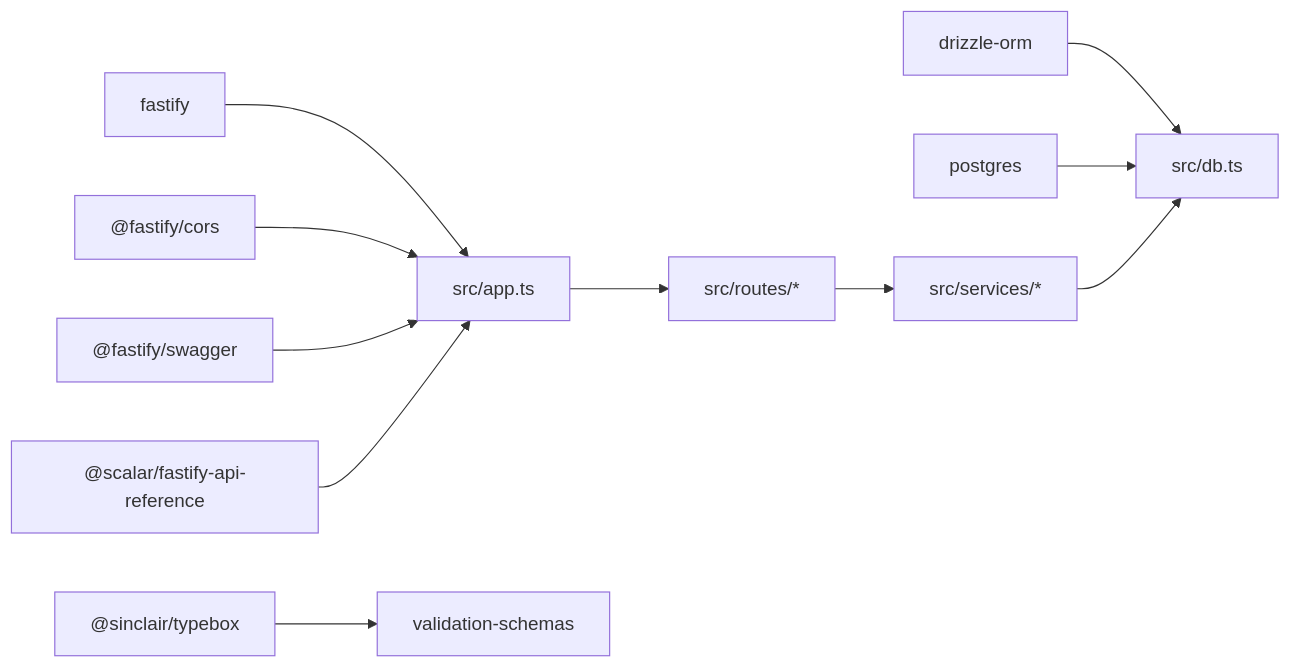
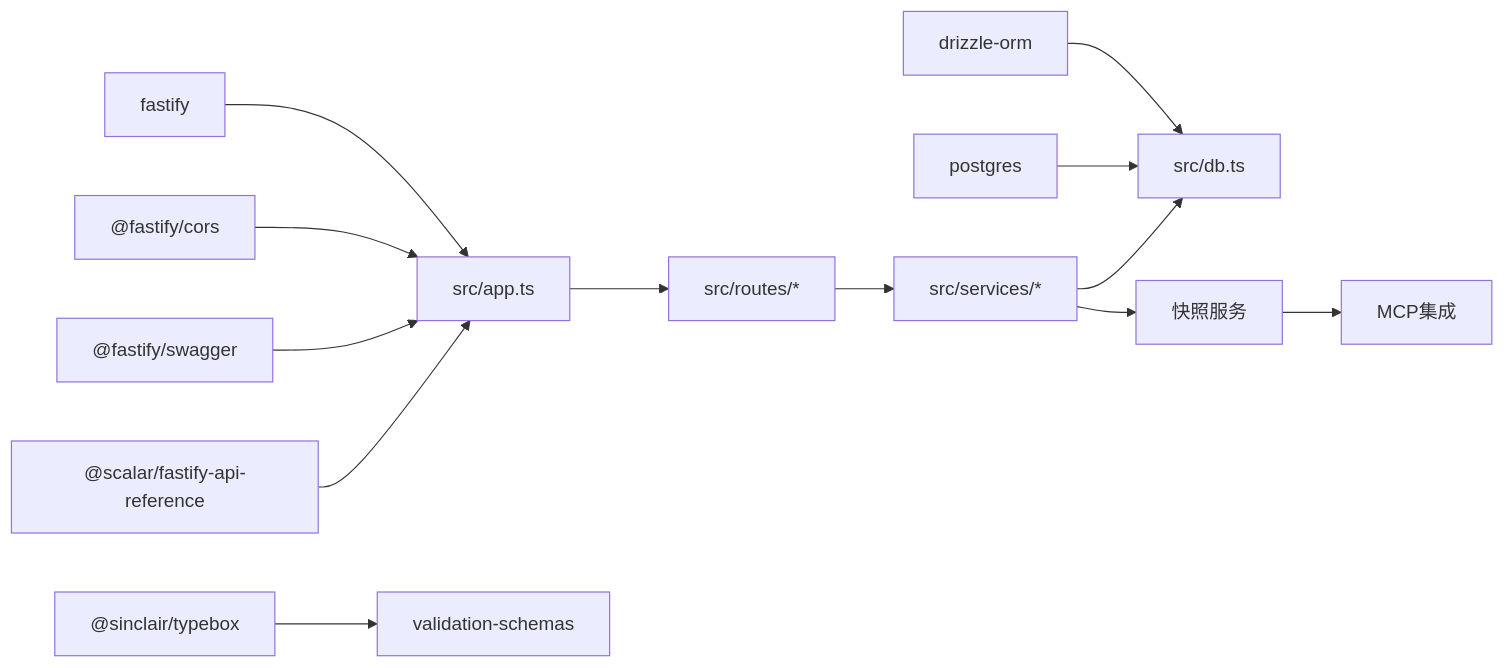
One commit to kai-cui1/ai-prototype-manager changed diagram 12 of 12 in .qoder/repowiki/zh/content/后端开发/后端开发.md. Above: the diagram before and after it, drawn with Mermaid. The commit also changed other lines of this file and 295 other files, not shown here.

````diff
--- a/.qoder/repowiki/zh/content/后端开发/后端开发.md
+++ b/.qoder/repowiki/zh/content/后端开发/后端开发.md
@@ -487,13 +523,15 @@
 ```mermaid
 graph LR
 FastifyDep["fastify"] --> App["src/app.ts"]
 CorsDep["@fastify/cors"] --> App
 SwaggerDep["@fastify/swagger"] --> App
 ScalarDep["@scalar/fastify-api-reference"] --> App
 DrizzleDep["drizzle-orm"] --> DB["src/db.ts"]
 PostgresDep["postgres"] --> DB
 TypeboxDep["@sinclair/typebox"] --> Validation["validation-schemas"]
 App --> Routes["src/routes/*"]
 Routes --> Services["src/services/*"]
 Services --> DB
+Services --> SnapshotSvc["快照服务"]
+SnapshotSvc --> MCP["MCP集成"]
 ```
````
